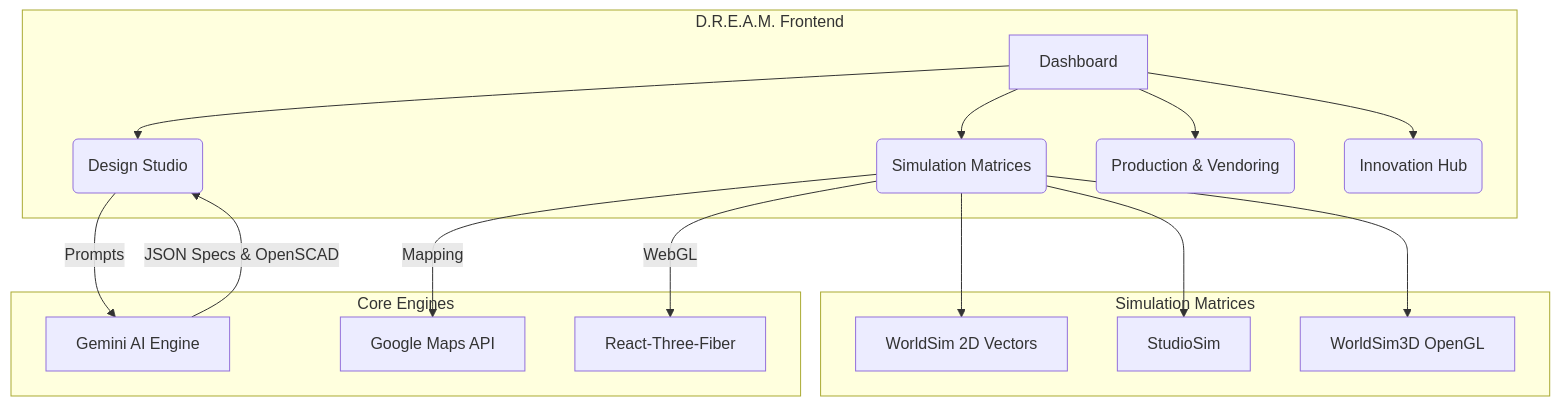
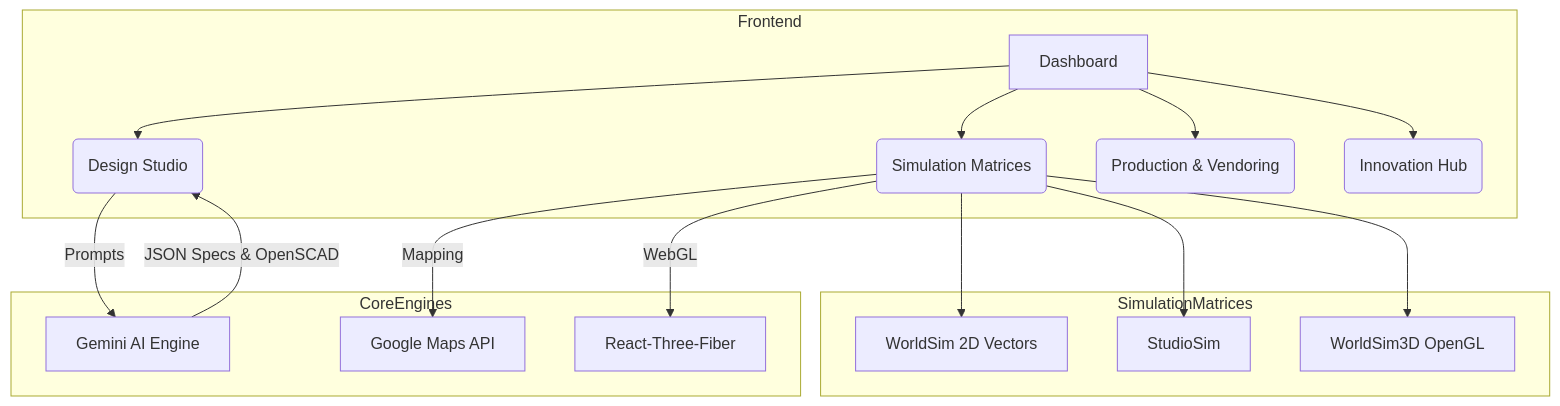
Before and after one commit to mgidreamteam/dgfcorp-prototype: the first of 4 diagrams in DEVELOPER_GUIDE.md, drawn with Mermaid. The commit also changed other lines of this file and 38 other files, not shown here.

````diff
--- a/DEVELOPER_GUIDE.md
+++ b/DEVELOPER_GUIDE.md
@@ -11,22 +11,22 @@
 ```mermaid
 graph TD
-    subgraph D.R.E.A.M. Frontend
+    subgraph Frontend
         A[Dashboard] --> B(Design Studio)
         A --> C(Simulation Matrices)
         A --> D(Production & Vendoring)
         A --> M(Innovation Hub)
     end
     
-    subgraph Core Engines
+    subgraph CoreEngines
         B -->|Prompts| E[Gemini AI Engine]
         E -->|JSON Specs & OpenSCAD| B
         C -->|Mapping| F[Google Maps API]
         C -->|WebGL| G[React-Three-Fiber]
     end
 
-    subgraph Simulation Matrices
+    subgraph SimulationMatrices
         C --> H[WorldSim 2D Vectors]
         C --> I[StudioSim]
         C --> J[WorldSim3D OpenGL]
     end
 ```
````
